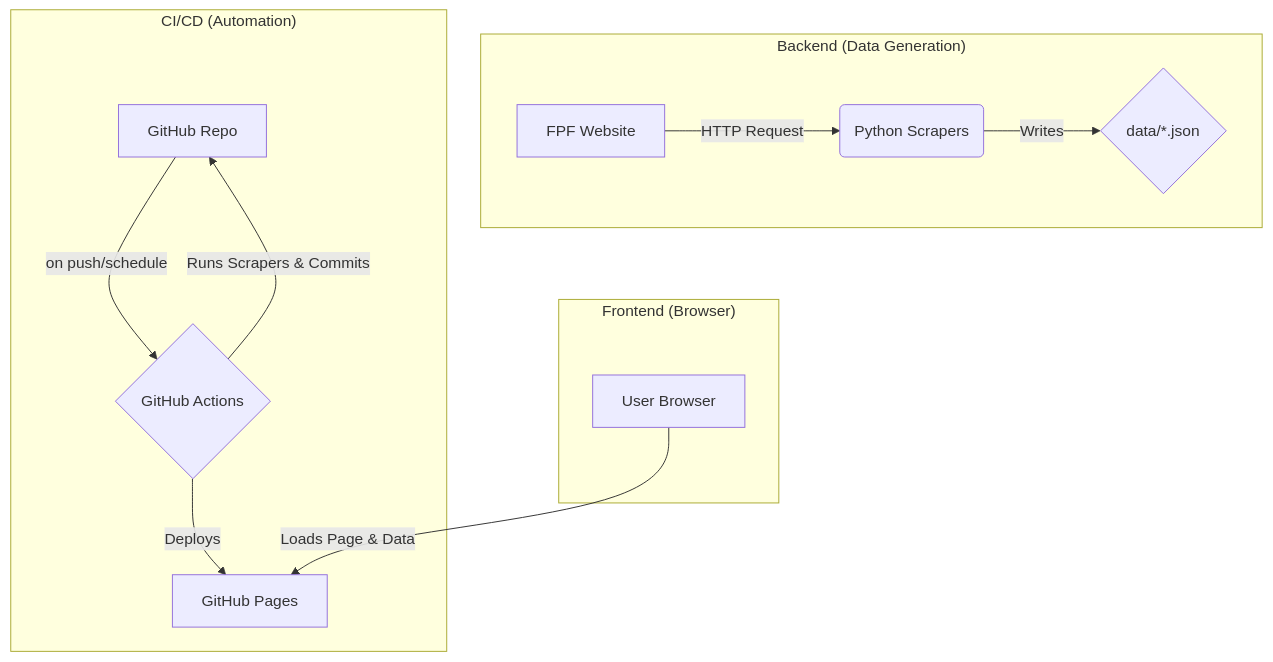
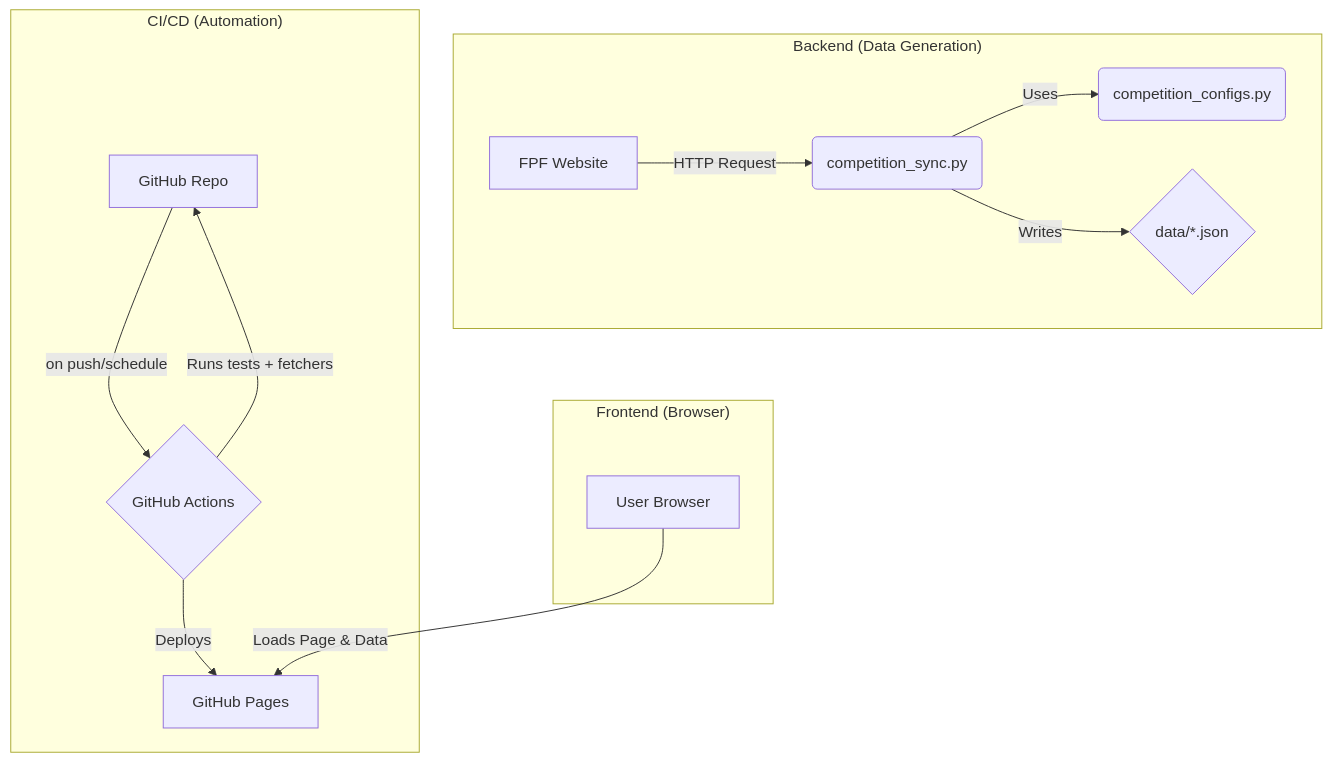
The diagram in ARQUITETURA.md (majoroka/scores_CFA), drawn with Mermaid before and after one commit. The commit also changed other lines of this file and 2 other files, not shown here.

Commit message:
docs(architecture): update refactor status and roadmap

````diff
--- a/ARQUITETURA.md
+++ b/ARQUITETURA.md
@@ -7,15 +7,16 @@
 ```mermaid
 graph TD
     subgraph "Backend (Data Generation)"
-        A[FPF Website] -->|HTTP Request| B(Python Scrapers);
+        A[FPF Website] -->|HTTP Request| B("competition_sync.py");
+        B -->|Uses| B1("competition_configs.py");
         B -->|Writes| C{data/*.json};
     end
     subgraph "CI/CD (Automation)"
         D[GitHub Repo] -- on push/schedule --> E{GitHub Actions};
-        E -->|Runs Scrapers & Commits| D;
+        E -->|Runs tests + fetchers| D;
         E -->|Deploys| F[GitHub Pages];
     end
     subgraph "Frontend (Browser)"
         G[User Browser] -->|Loads Page & Data| F;
     end
 ```
````
